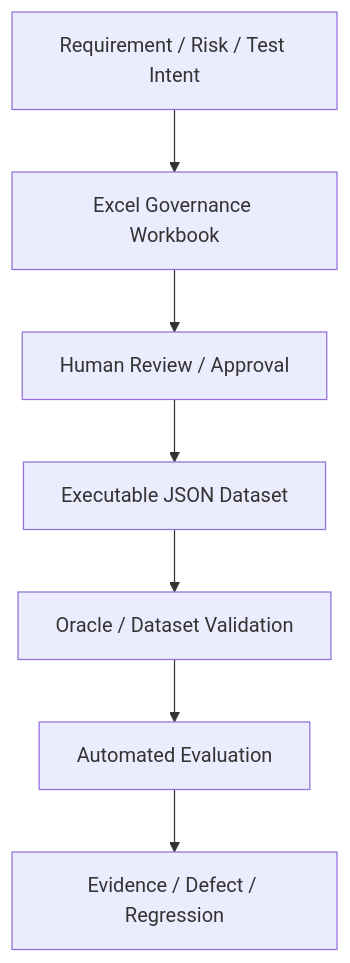
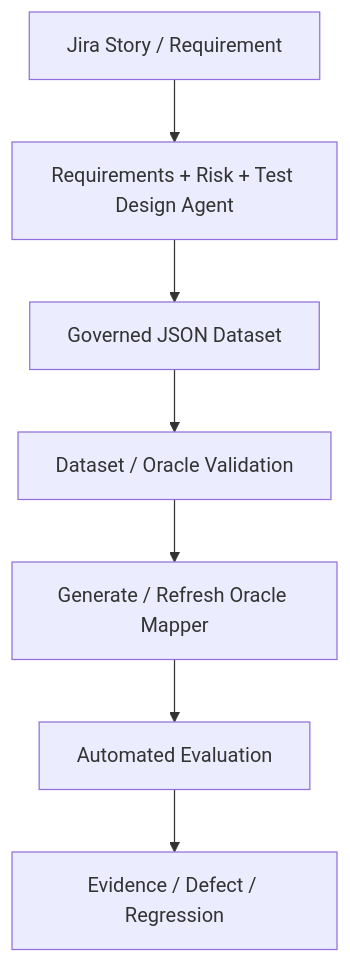
One commit to oleksandrserhieiev-beep/ai-qe-lab changed diagram 11 of 11 in docs/architecture.md. Above: the diagram before and after it, drawn with Mermaid. The commit also changed other lines of this file, not shown here.

Commit message:
Document deterministic assertion engine architecture

````diff
--- a/docs/architecture.md
+++ b/docs/architecture.md
@@ -233,9 +323,9 @@
 ```mermaid
 flowchart TD
-    RQ[Requirement / Risk / Test Intent] --> XL[Excel Governance Workbook]
-    XL --> HR[Human Review / Approval]
-    HR --> JS[Executable JSON Dataset]
-    JS --> VAL[Oracle / Dataset Validation]
-    VAL --> CI[Automated Evaluation]
+    J[Jira Story / Requirement] --> AG[Requirements + Risk + Test Design Agent]
+    AG --> JS[Governed JSON Dataset]
+    JS --> VAL[Dataset / Oracle Validation]
+    VAL --> MAP[Generate / Refresh Oracle Mapper]
+    MAP --> CI[Automated Evaluation]
     CI --> E[Evidence / Defect / Regression]
 ```
````
